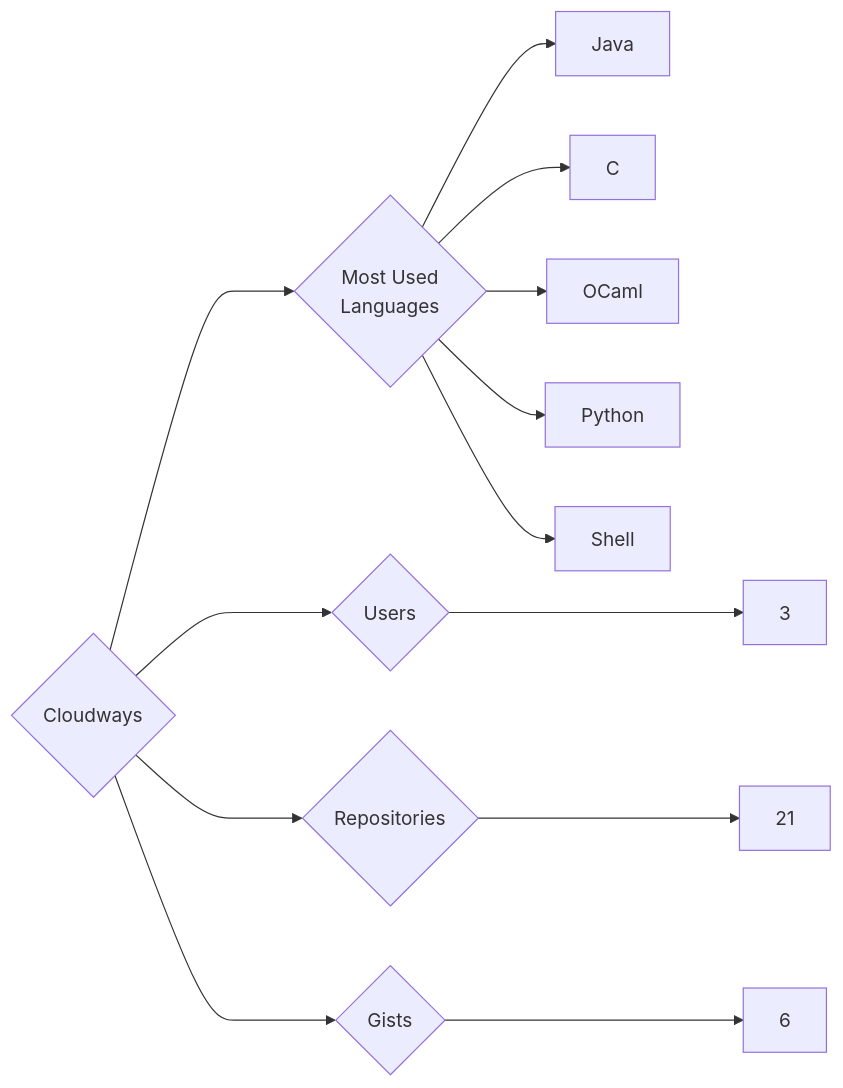
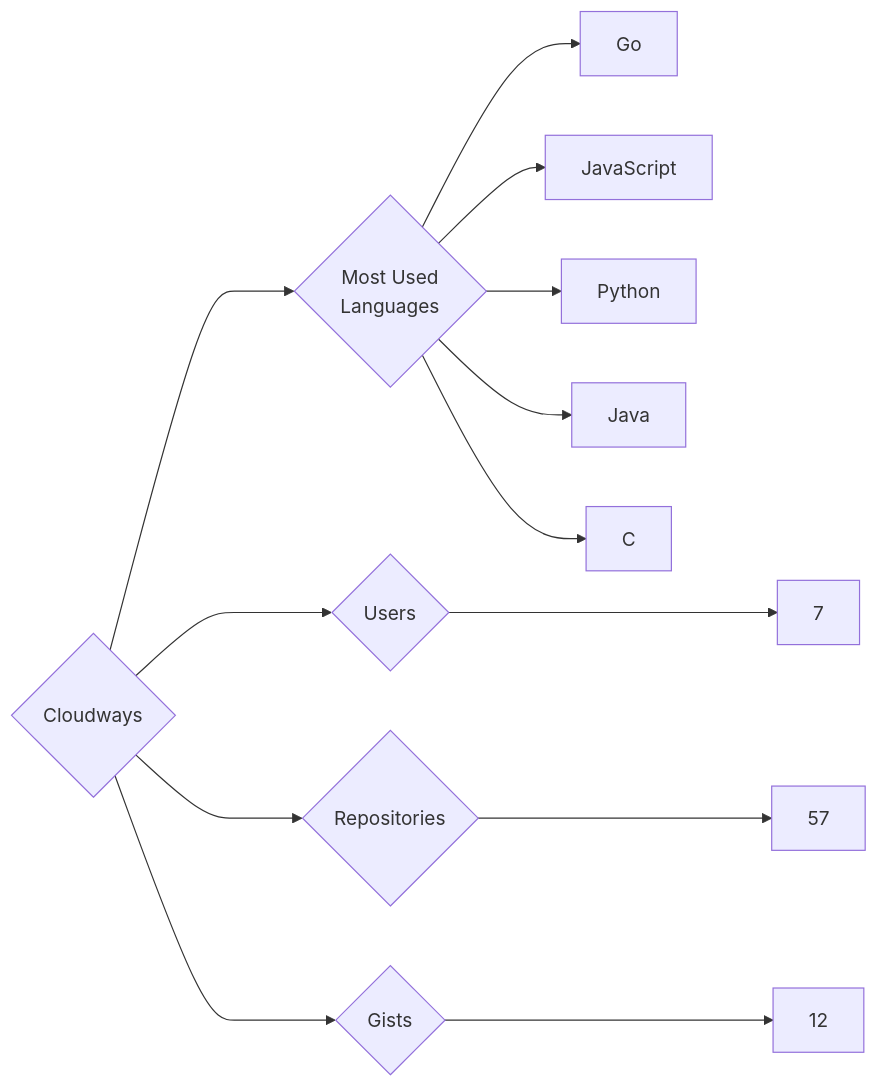
The diagram in targets/Cloudways/README.md (trickest/insiders), drawn with Mermaid before and after one commit. The commit also changed 1089 other files, not shown here.

````diff
--- a/targets/Cloudways/README.md
+++ b/targets/Cloudways/README.md
@@ -3,13 +3,13 @@
 ```mermaid
 graph LR
 COMPANY_NAME{Cloudways}
-COMPANY_NAME ---> U{Users} ---> UN[3]
-COMPANY_NAME ---> R{Repositories} ---> RN[21]
-COMPANY_NAME ---> G{Gists} ---> GN[6]
+COMPANY_NAME ---> U{Users} ---> UN[7]
+COMPANY_NAME ---> R{Repositories} ---> RN[57]
+COMPANY_NAME ---> G{Gists} ---> GN[12]
 COMPANY_NAME ---> ML{Most Used<br>Languages}
+ML --> Go[Go]
+ML --> JavaScript[JavaScript]
+ML --> Python[Python]
 ML --> Java[Java]
 ML --> C[C]
-ML --> OCaml[OCaml]
-ML --> Python[Python]
-ML --> Shell[Shell]
 ```
````
